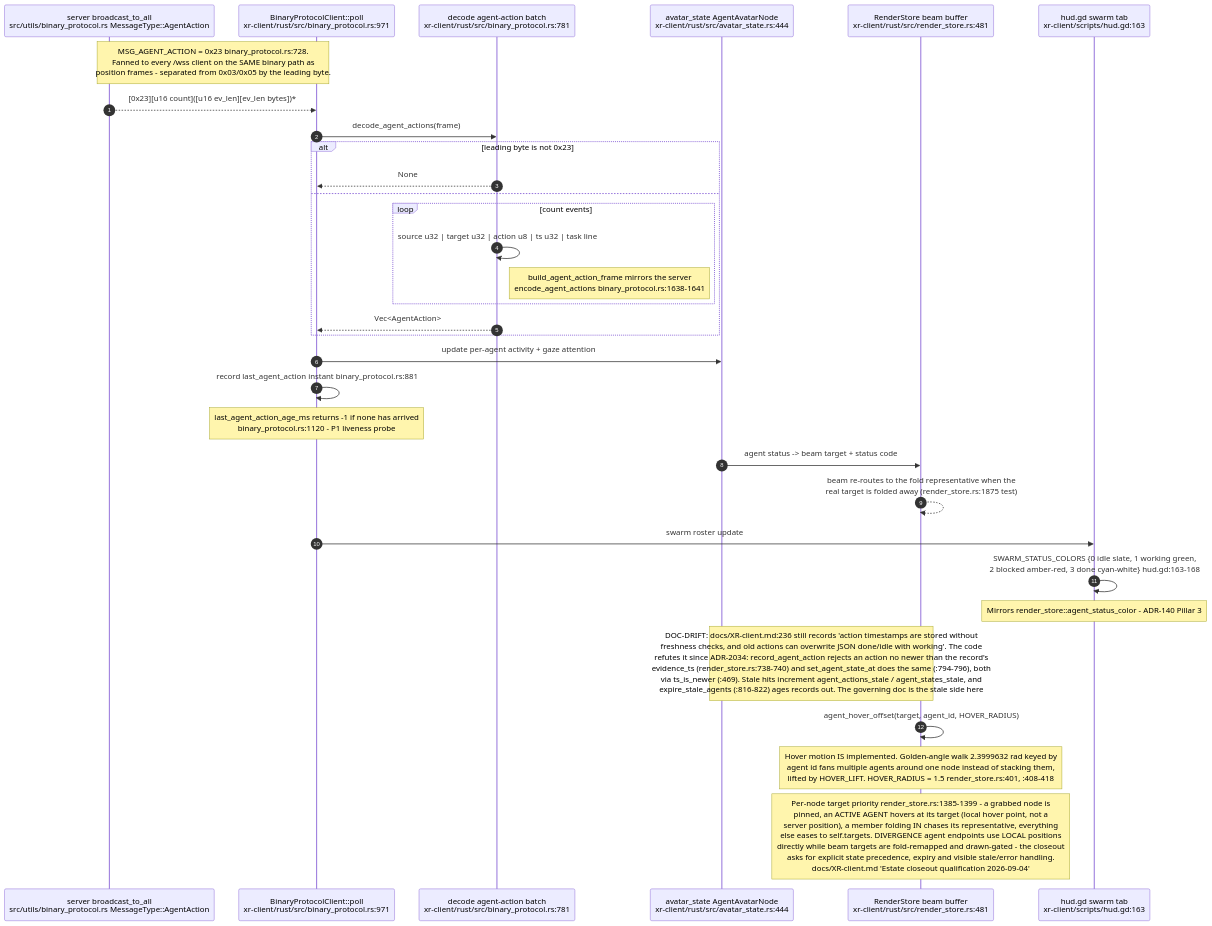
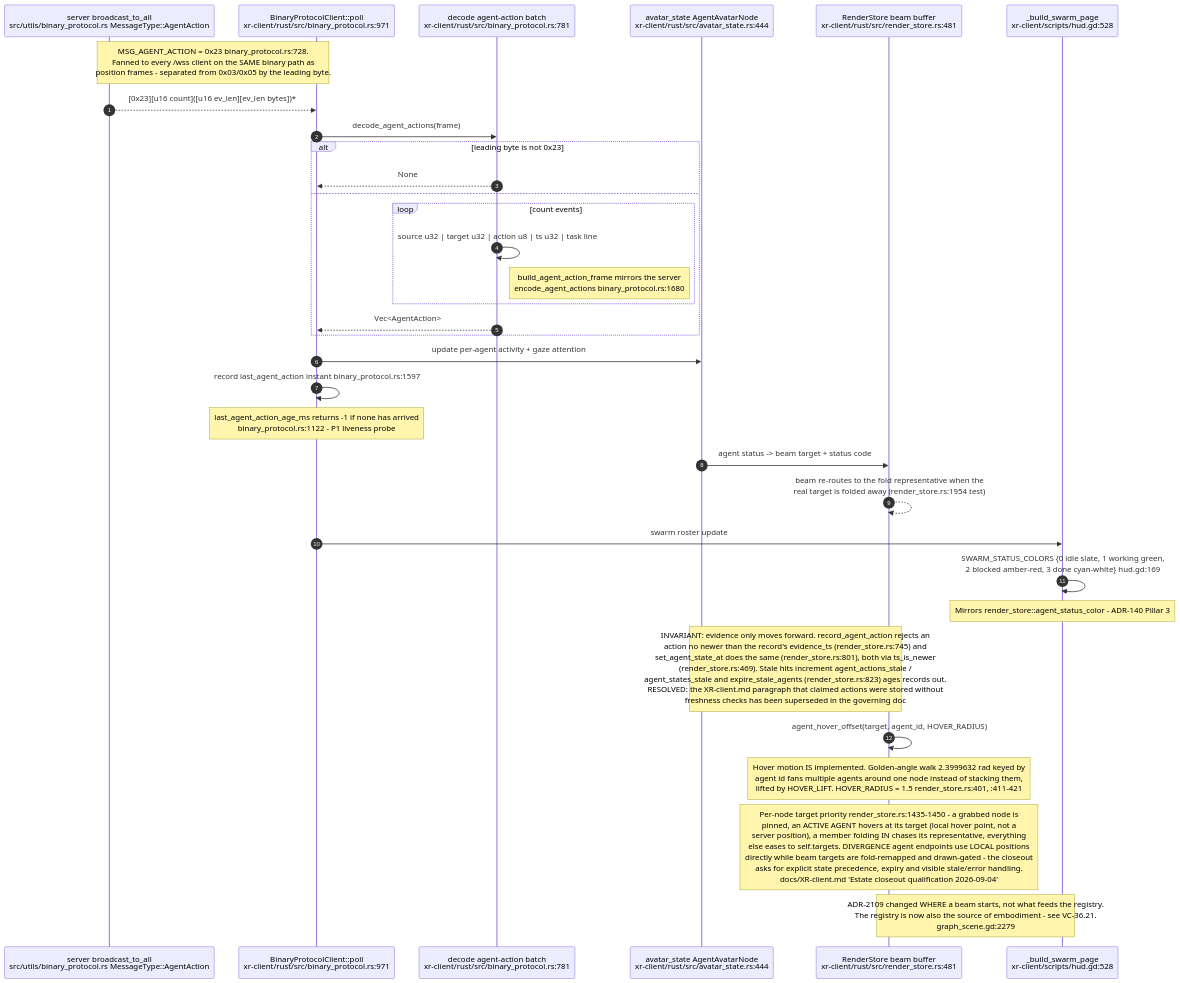
The ninth of 24 diagrams in docs/diagrams/visionclaw/36-godot-xr-client.md (DreamLab-AI/VisionFlow), drawn with Mermaid before and after one commit. The commit also changed other lines of this file and 32 other files, not shown here.

````diff
--- a/docs/diagrams/visionclaw/36-godot-xr-client.md
+++ b/docs/diagrams/visionclaw/36-godot-xr-client.md
@@ -402,35 +418,36 @@
 ```mermaid
 sequenceDiagram
     autonumber
     participant SV as server broadcast_to_all<br/>src/utils/binary_protocol.rs MessageType::AgentAction
     participant BP as BinaryProtocolClient::poll<br/>xr-client/rust/src/binary_protocol.rs:971
     participant DA as decode agent-action batch<br/>xr-client/rust/src/binary_protocol.rs:781
     participant AS as avatar_state AgentAvatarNode<br/>xr-client/rust/src/avatar_state.rs:444
     participant RS as RenderStore beam buffer<br/>xr-client/rust/src/render_store.rs:481
-    participant HD as hud.gd swarm tab<br/>xr-client/scripts/hud.gd:163
+    participant HD as _build_swarm_page<br/>xr-client/scripts/hud.gd:528
 
     Note over SV,BP: MSG_AGENT_ACTION = 0x23 binary_protocol.rs:728.<br/>Fanned to every /wss client on the SAME binary path as<br/>position frames - separated from 0x03/0x05 by the leading byte.
     SV-->>BP: [0x23][u16 count]([u16 ev_len][ev_len bytes])*
     BP->>DA: decode_agent_actions(frame)
     alt leading byte is not 0x23
         DA-->>BP: None
     else
         loop count events
             DA->>DA: source u32 | target u32 | action u8 | ts u32 | task line
-            Note right of DA: build_agent_action_frame mirrors the server<br/>encode_agent_actions binary_protocol.rs:1638-1641
+            Note right of DA: build_agent_action_frame mirrors the server<br/>encode_agent_actions binary_protocol.rs:1680
         end
         DA-->>BP: Vec<AgentAction>
     end
     BP->>AS: update per-agent activity + gaze attention
-    BP->>BP: record last_agent_action instant binary_protocol.rs:881
-    Note over BP: last_agent_action_age_ms returns -1 if none has arrived<br/>binary_protocol.rs:1120 - P1 liveness probe
+    BP->>BP: record last_agent_action instant binary_protocol.rs:1597
+    Note over BP: last_agent_action_age_ms returns -1 if none has arrived<br/>binary_protocol.rs:1122 - P1 liveness probe
     AS->>RS: agent status -> beam target + status code
-    RS-->>RS: beam re-routes to the fold representative when the<br/>real target is folded away (render_store.rs:1875 test)
+    RS-->>RS: beam re-routes to the fold representative when the<br/>real target is folded away (render_store.rs:1954 test)
     BP->>HD: swarm roster update
-    HD->>HD: SWARM_STATUS_COLORS {0 idle slate, 1 working green,<br/>2 blocked amber-red, 3 done cyan-white} hud.gd:163-168
+    HD->>HD: SWARM_STATUS_COLORS {0 idle slate, 1 working green,<br/>2 blocked amber-red, 3 done cyan-white} hud.gd:169
     Note over HD: Mirrors render_store::agent_status_color - ADR-140 Pillar 3
-    Note over AS,RS: DOC-DRIFT: docs/XR-client.md:236 still records 'action timestamps are stored without<br/>freshness checks, and old actions can overwrite JSON done/idle with working'. The code<br/>refutes it since ADR-2034: record_agent_action rejects an action no newer than the record's<br/>evidence_ts (render_store.rs:738-740) and set_agent_state_at does the same (:794-796), both<br/>via ts_is_newer (:469). Stale hits increment agent_actions_stale / agent_states_stale, and<br/>expire_stale_agents (:816-822) ages records out. The governing doc is the stale side here
+    Note over AS,RS: INVARIANT: evidence only moves forward. record_agent_action rejects an<br/>action no newer than the record's evidence_ts (render_store.rs:745) and<br/>set_agent_state_at does the same (render_store.rs:801), both via ts_is_newer<br/>(render_store.rs:469). Stale hits increment agent_actions_stale /<br/>agent_states_stale and expire_stale_agents (render_store.rs:823) ages records out.<br/>RESOLVED: the XR-client.md paragraph that claimed actions were stored without<br/>freshness checks has been superseded in the governing doc
     RS->>RS: agent_hover_offset(target, agent_id, HOVER_RADIUS)
-    Note over RS: Hover motion IS implemented. Golden-angle walk 2.3999632 rad keyed by<br/>agent id fans multiple agents around one node instead of stacking them,<br/>lifted by HOVER_LIFT. HOVER_RADIUS = 1.5 render_store.rs:401, :408-418
-    Note over RS: Per-node target priority render_store.rs:1385-1399 - a grabbed node is<br/>pinned, an ACTIVE AGENT hovers at its target (local hover point, not a<br/>server position), a member folding IN chases its representative, everything<br/>else eases to self.targets. DIVERGENCE agent endpoints use LOCAL positions<br/>directly while beam targets are fold-remapped and drawn-gated - the closeout<br/>asks for explicit state precedence, expiry and visible stale/error handling.<br/>docs/XR-client.md 'Estate closeout qualification 2026-09-04'
+    Note over RS: Hover motion IS implemented. Golden-angle walk 2.3999632 rad keyed by<br/>agent id fans multiple agents around one node instead of stacking them,<br/>lifted by HOVER_LIFT. HOVER_RADIUS = 1.5 render_store.rs:401, :411-421
+    Note over RS: Per-node target priority render_store.rs:1435-1450 - a grabbed node is<br/>pinned, an ACTIVE AGENT hovers at its target (local hover point, not a<br/>server position), a member folding IN chases its representative, everything<br/>else eases to self.targets. DIVERGENCE agent endpoints use LOCAL positions<br/>directly while beam targets are fold-remapped and drawn-gated - the closeout<br/>asks for explicit state precedence, expiry and visible stale/error handling.<br/>docs/XR-client.md 'Estate closeout qualification 2026-09-04'
+    Note over RS,HD: ADR-2109 changed WHERE a beam starts, not what feeds the registry.<br/>The registry is now also the source of embodiment - see VC-36.21.<br/>graph_scene.gd:2279
 ```
````
